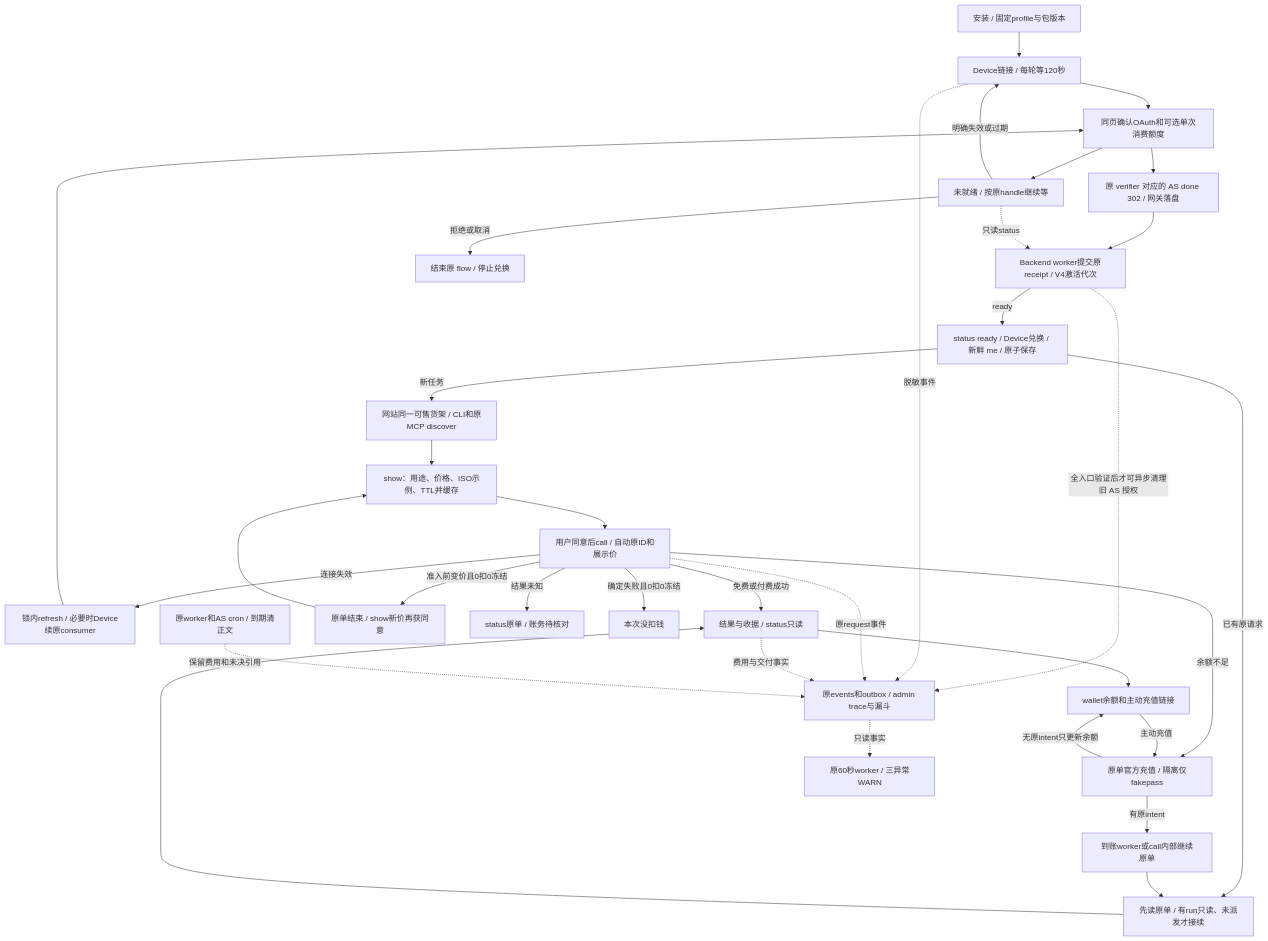
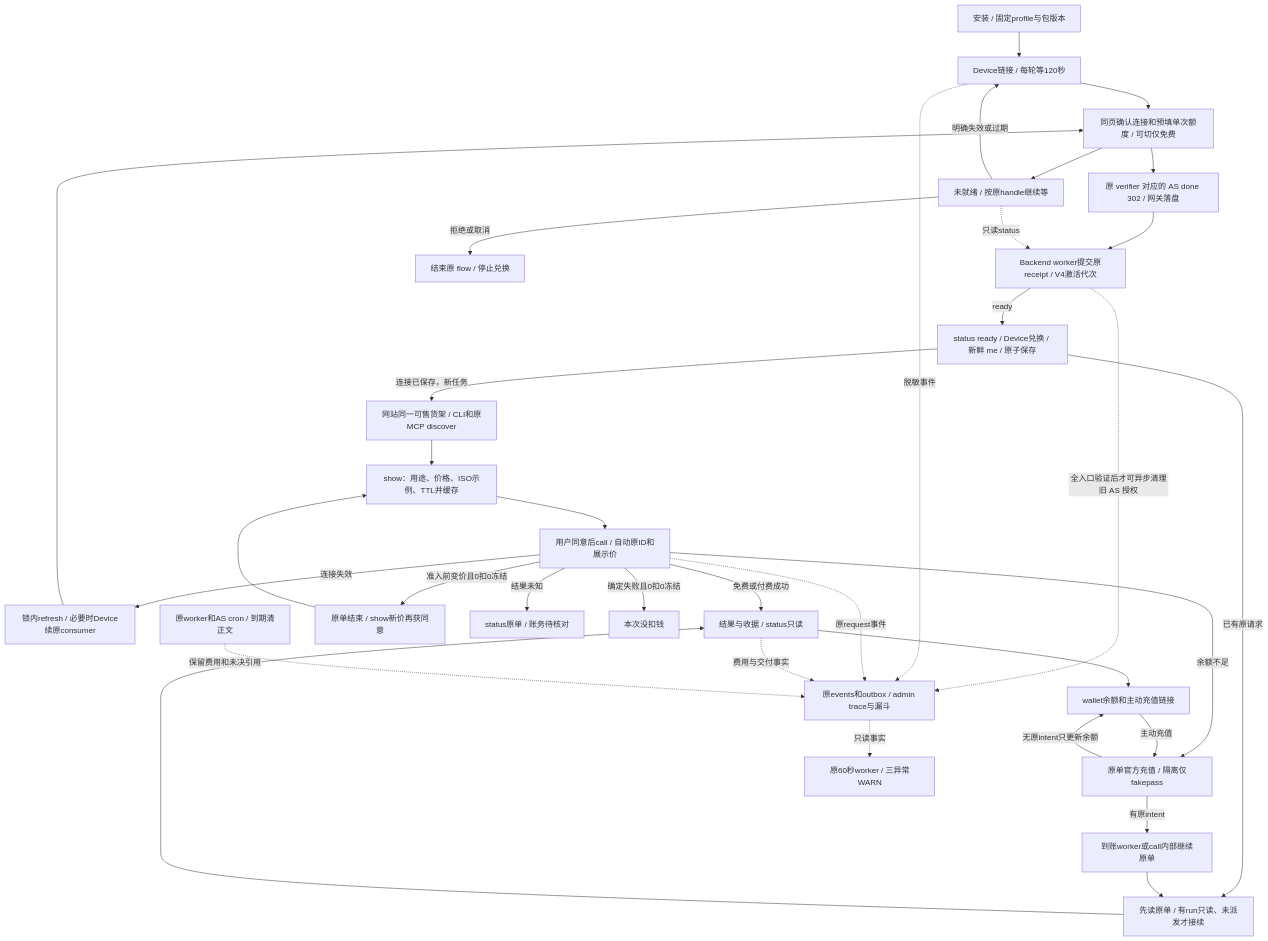
Before and after one commit to itpay-ai/cli: the diagram in README.md, drawn with Mermaid. The commit also changed 7 other files, not shown here.

````diff
--- a/README.md
+++ b/README.md
@@ -5,36 +5,36 @@
 ```mermaid
 flowchart TD
  A01[安装 / 固定profile与包版本] --> A02[Device链接 / 每轮等120秒]
- A02 --> A03[同页确认OAuth和可选单次消费额度]
+ A02 --> A03[同页确认连接和预填单次额度 / 可切仅免费]
  A03 --> AS[原 verifier 对应的 AS done 302 / 网关落盘]
  AS --> HC[Backend worker提交原receipt / V4激活代次]
- A04 -->|新任务| B01[网站同一可售货架 / CLI和原MCP discover]
+ A04 -->|连接已保存，新任务| B01[网站同一可售货架 / CLI和原MCP discover]
  B01 --> B02[show：用途、价格、ISO示例、TTL并缓存]
  B02 --> B03[用户同意后call / 自动原ID和展示价]
  B03 -->|连接失效| A05[锁内refresh / 必要时Device续原consumer]
  A05 --> A03
  HC -.全入口验证后才可异步清理旧 AS 授权.-> O01
  A03 --> PENDING[未就绪 / 按原handle继续等]
  HC -->|ready| A04[status ready / Device兑换 / 新鲜 me / 原子保存]
  PENDING -.只读status.-> HC
  PENDING -->|明确失效或过期| A02
  PENDING -->|拒绝或取消| STOP[结束原 flow / 停止兑换]
  A04 -->|已有原请求| B04[先读原单 / 有run只读、未派发才接续]
  B04 --> R[结果与收据 / status只读]
  B03 -->|免费或付费成功| R
  B03 -->|余额不足| T[原单官方充值 / 隔离仅fakepass]
  T -->|有原intent| W[到账worker或call内部继续原单]
  W --> B04
  B03 -->|准入前变价且0扣0冻结| N[原单结束 / show新价再获同意]
  N --> B02
  B03 -->|结果未知| U[status原单 / 账务待核对]
  B03 -->|确定失败且0扣0冻结| F[本次没扣钱]
  R --> V[wallet余额和主动充值链接]
  V -->|主动充值| T
  T -->|无原intent只更新余额| V
  A02 -.脱敏事件.-> O01[原events和outbox / admin trace与漏斗]
  B03 -.原request事件.-> O01
  R -.费用与交付事实.-> O01
  O01 -.只读事实.-> O02[原60秒worker / 三异常WARN]
  O03[原worker和AS cron / 到期清正文] -.保留费用和未决引用.-> O01
 ```
````
